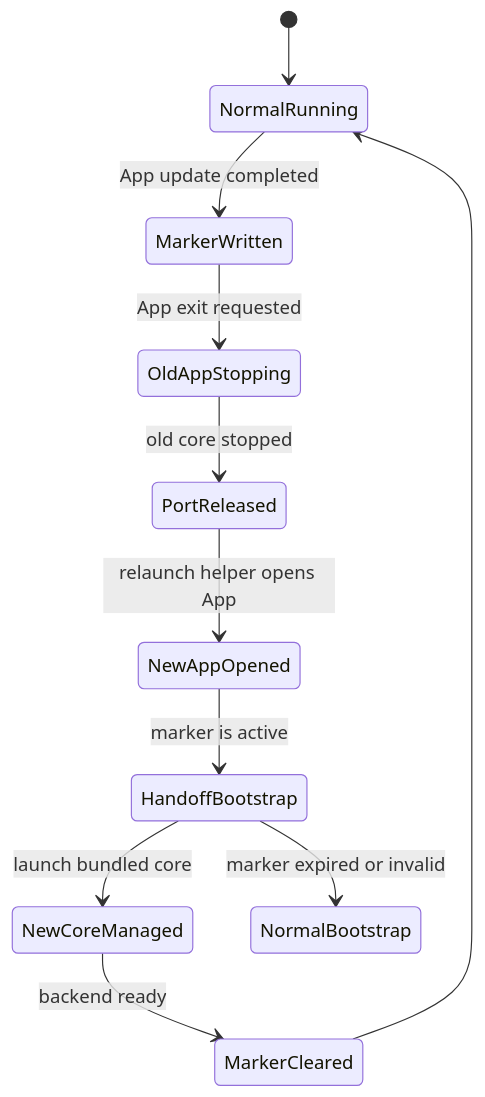
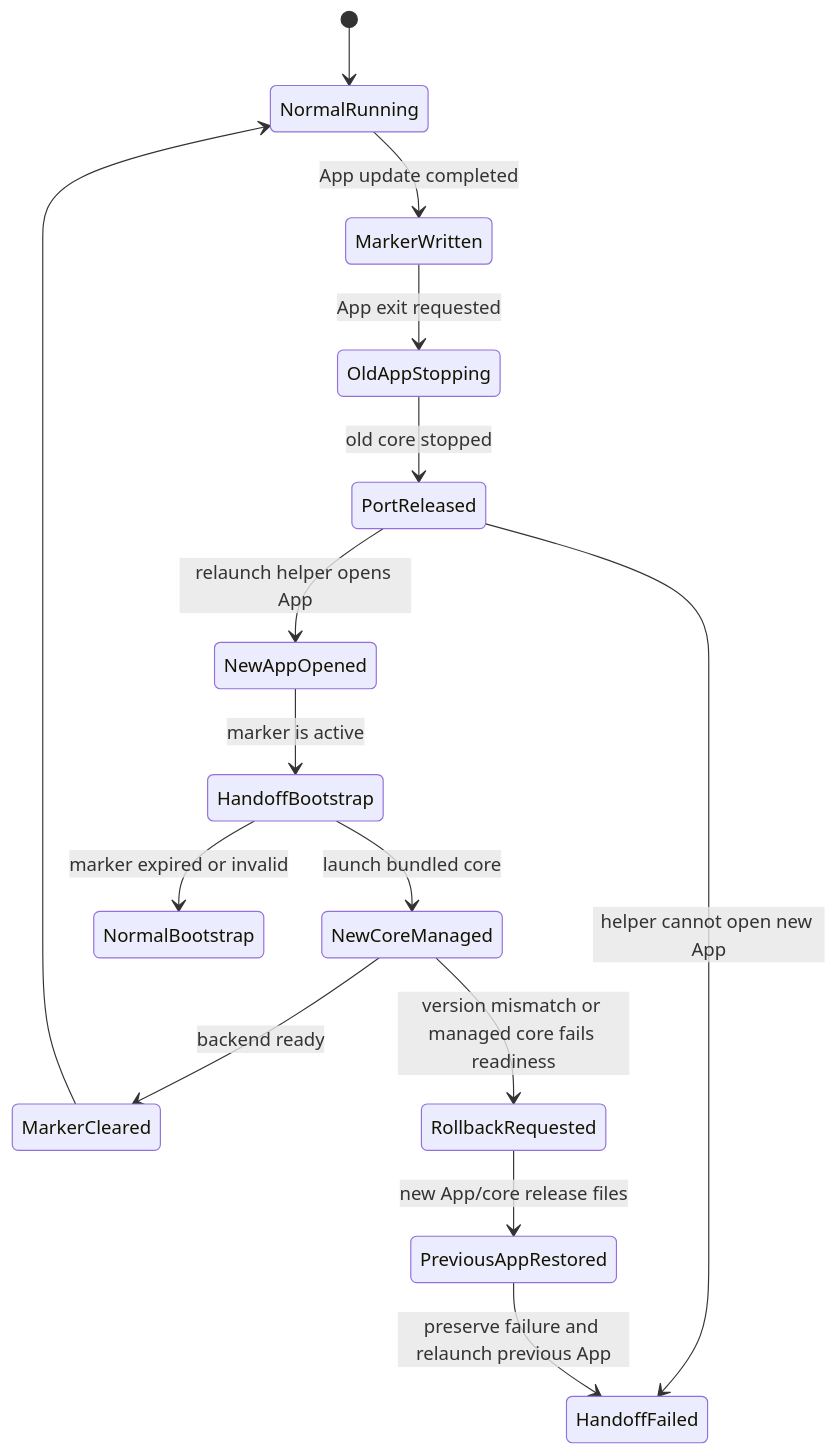
One commit to bifrost-proxy/bifrost changed the diagram in design/desktop-upgrade-handoff.md. Above: the diagram before and after it, drawn with Mermaid. The commit also changed other lines of this file and 56 other files, not shown here.

````diff
--- a/design/desktop-upgrade-handoff.md
+++ b/design/desktop-upgrade-handoff.md
@@ -82,14 +90,18 @@
 ```mermaid
 stateDiagram-v2
     [*] --> NormalRunning
     NormalRunning --> MarkerWritten: App update completed
     MarkerWritten --> OldAppStopping: App exit requested
     OldAppStopping --> PortReleased: old core stopped
     PortReleased --> NewAppOpened: relaunch helper opens App
     NewAppOpened --> HandoffBootstrap: marker is active
     HandoffBootstrap --> NewCoreManaged: launch bundled core
     NewCoreManaged --> MarkerCleared: backend ready
     MarkerCleared --> NormalRunning
 
     HandoffBootstrap --> NormalBootstrap: marker expired or invalid
+    PortReleased --> HandoffFailed: helper cannot open new App
+    NewCoreManaged --> RollbackRequested: version mismatch or managed core fails readiness
+    RollbackRequested --> PreviousAppRestored: new App/core release files
+    PreviousAppRestored --> HandoffFailed: preserve failure and relaunch previous App
 ```
````
